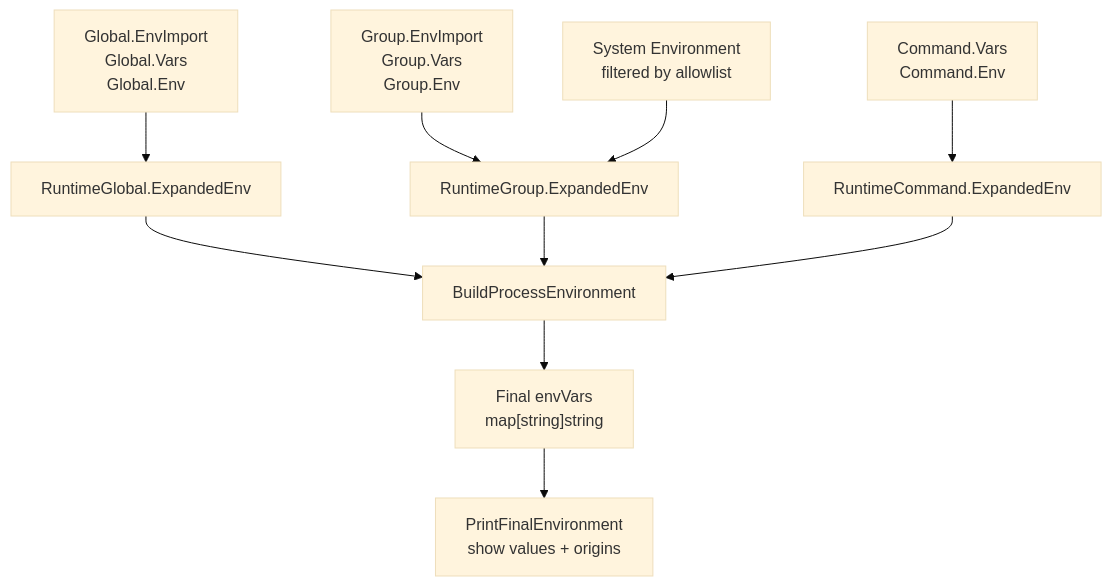
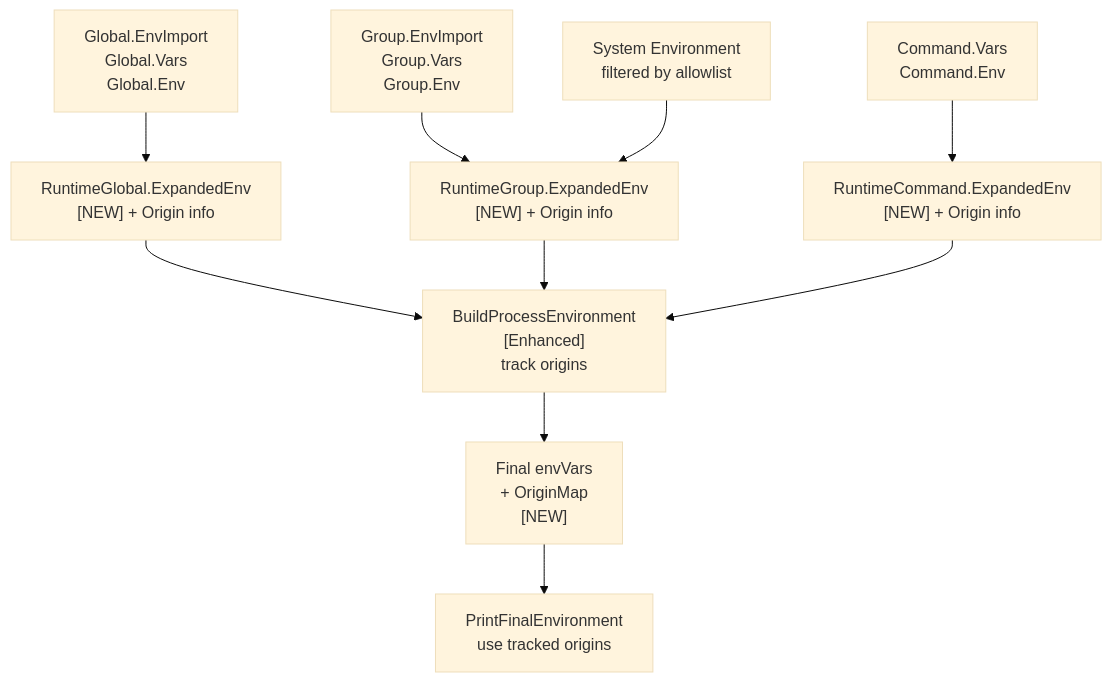
Before and after one commit to isseis/go-safe-cmd-runner: the fourth of 6 diagrams in docs/tasks/0044_dryrun_final_env_display/02_architecture.md, drawn with Mermaid (base theme). The commit also changed other lines of this file, not shown here.

First line of the commit message:
docs: document origin-tracking in dry-run final environment display

````diff
--- a/docs/tasks/0044_dryrun_final_env_display/02_architecture.md
+++ b/docs/tasks/0044_dryrun_final_env_display/02_architecture.md
@@ -113,22 +119,22 @@
 ```mermaid
 graph TD
     GEI["Global.EnvImport<br/>Global.Vars<br/>Global.Env"]
-    GEI --> SE1["RuntimeGlobal.ExpandedEnv"]
+    GEI --> SE1["RuntimeGlobal.ExpandedEnv<br/>[NEW] + Origin info"]
 
     GEI2["Group.EnvImport<br/>Group.Vars<br/>Group.Env"]
     SE["System Environment<br/>filtered by allowlist"]
 
-    GEI2 --> SE2["RuntimeGroup.ExpandedEnv"]
+    GEI2 --> SE2["RuntimeGroup.ExpandedEnv<br/>[NEW] + Origin info"]
     SE --> SE2
 
     CEI["Command.Vars<br/>Command.Env"]
-    CEI --> SE3["RuntimeCommand.ExpandedEnv"]
+    CEI --> SE3["RuntimeCommand.ExpandedEnv<br/>[NEW] + Origin info"]
 
-    SE1 --> BPE["BuildProcessEnvironment"]
+    SE1 --> BPE["BuildProcessEnvironment<br/>[Enhanced]<br/>track origins"]
     SE2 --> BPE
     SE3 --> BPE
 
-    BPE --> FINAL["Final envVars<br/>map[string]string"]
+    BPE --> FINAL["Final envVars<br/>+ OriginMap<br/>[NEW]"]
 
-    FINAL --> PFE["PrintFinalEnvironment<br/>show values + origins"]
+    FINAL --> PFE["PrintFinalEnvironment<br/>use tracked origins"]
 ```
````
